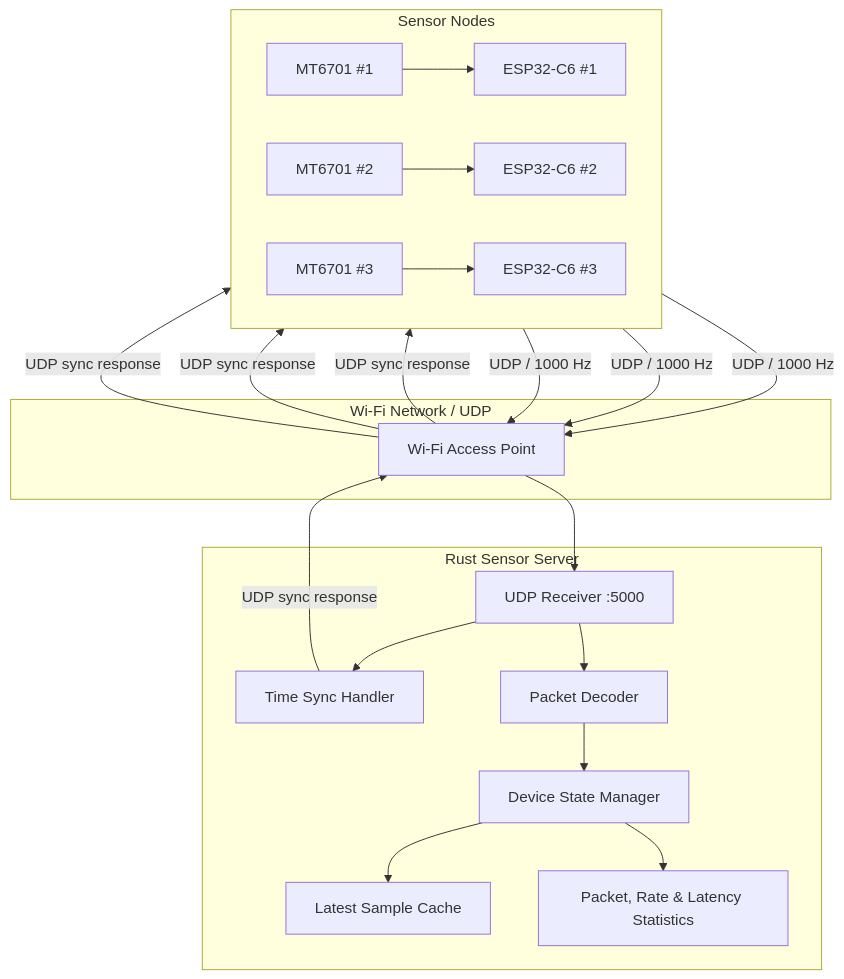
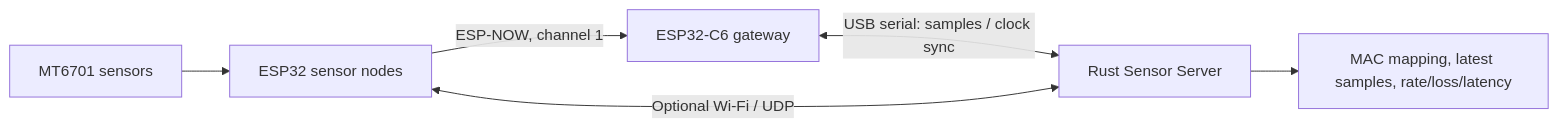
The first of 5 diagrams in docs/architecture.md (Neko-vecter/inverted-pendulum-sensor), drawn with Mermaid before and after one commit. The commit also changed other lines of this file and 37 other files, not shown here.

Commit message:
add esp now support

````diff
--- a/docs/architecture.md
+++ b/docs/architecture.md
@@ -7,38 +7,8 @@
 ```mermaid
-flowchart TB
-    subgraph Sensors["Sensor Nodes"]
-        direction LR
-        M1["MT6701 #1"] --> E1["ESP32-C6 #1"]
-        M2["MT6701 #2"] --> E2["ESP32-C6 #2"]
-        M3["MT6701 #3"] --> E3["ESP32-C6 #3"]
-    end
-
-    subgraph Network["Wi-Fi Network / UDP"]
-        AP["Wi-Fi Access Point"]
-    end
-
-    subgraph Server["Rust Sensor Server"]
-        UDP["UDP Receiver :5000"]
-        TimeSync["Time Sync Handler"]
-        Decoder["Packet Decoder"]
-        Manager["Device State Manager"]
-        Cache["Latest Sample Cache"]
-        Stats["Packet, Rate & Latency Statistics"]
-
-        UDP --> TimeSync
-        TimeSync -->|"UDP sync response"| AP
-        UDP --> Decoder
-        Decoder --> Manager
-        Manager --> Cache
-        Manager --> Stats
-    end
-
-    E1 -->|"UDP / 1000 Hz"| AP
-    E2 -->|"UDP / 1000 Hz"| AP
-    E3 -->|"UDP / 1000 Hz"| AP
-
-    AP --> UDP
-    AP -->|"UDP sync response"| E1
-    AP -->|"UDP sync response"| E2
-    AP -->|"UDP sync response"| E3
+flowchart LR
+    MT["MT6701 sensors"] --> Nodes["ESP32 sensor nodes"]
+    Nodes -->|"ESP-NOW, channel 1"| Gateway["ESP32-C6 gateway"]
+    Gateway <-->|"USB serial: samples / clock sync"| Server["Rust Sensor Server"]
+    Nodes <-->|"Optional Wi-Fi / UDP"| Server
+    Server --> State["MAC mapping, latest samples, rate/loss/latency"]
 ```
````
